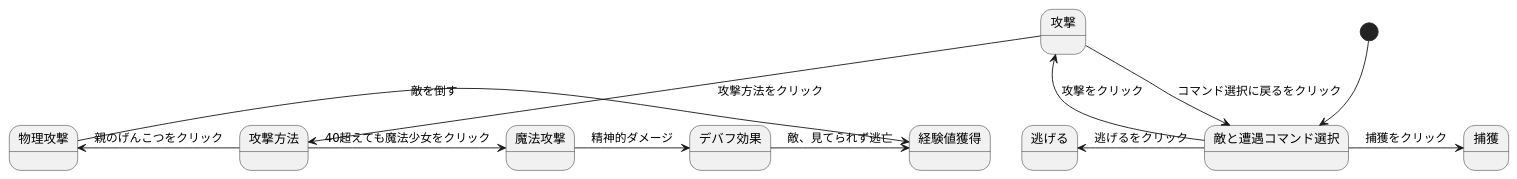
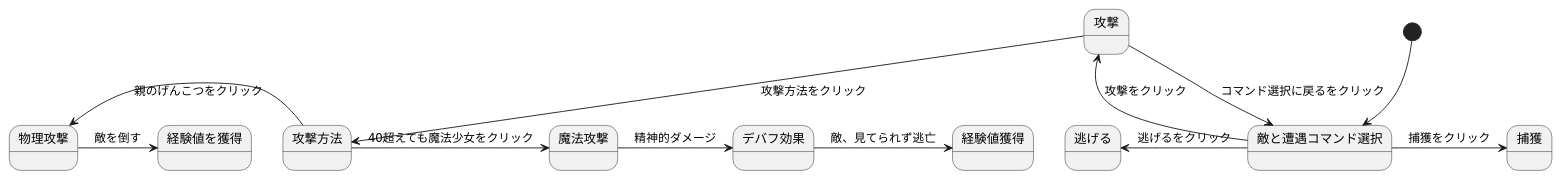
Before and after one commit to Aso2001196/2021sys-design: the diagram in stm01.md, drawn with PlantUML.

````diff
--- a/stm01.md
+++ b/stm01.md
@@ -1,15 +1,15 @@
 ```uml
 @startuml
 [*]--> 敵と遭遇コマンド選択
 敵と遭遇コマンド選択 -> 捕獲 : 捕獲をクリック
 敵と遭遇コマンド選択-left-> 逃げる : 逃げるをクリック
 敵と遭遇コマンド選択--> 攻撃 : 攻撃をクリック
 攻撃 --> 攻撃方法 : 攻撃方法をクリック
 攻撃 --> 敵と遭遇コマンド選択: コマンド選択に戻るをクリック
 攻撃方法 -left-> 物理攻撃 : 親のげんこつをクリック
-物理攻撃 -> 経験値獲得 : 敵を倒す
+物理攻撃 -> 経験値を獲得 : 敵を倒す
 攻撃方法 -> 魔法攻撃 : 40超えても魔法少女をクリック
 魔法攻撃 -> デバフ効果 : 精神的ダメージ
 デバフ効果 -> 経験値獲得 : 敵、見てられず逃亡
 @enduml
 ```
````
